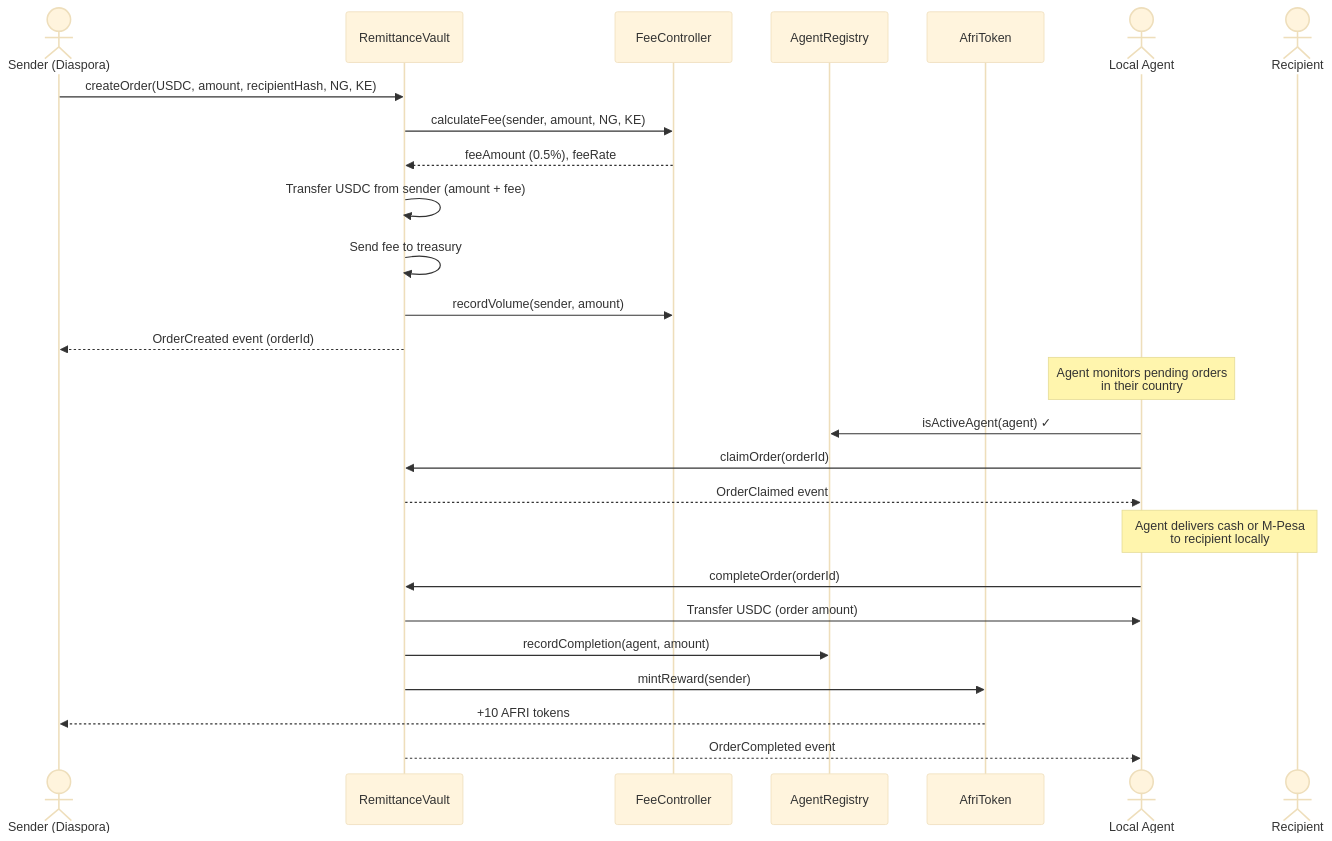
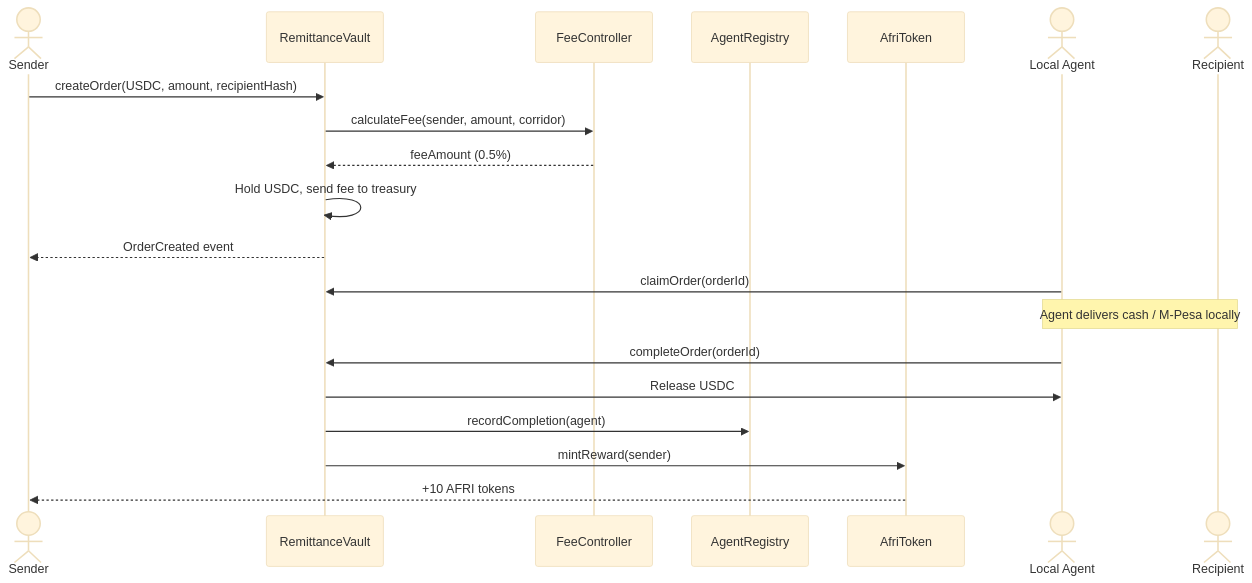
The third of 3 diagrams in README.md (Akasxh/afripay-protocol), drawn with Mermaid (base theme) before and after one commit. The commit also changed other lines of this file, not shown here.

````diff
--- a/README.md
+++ b/README.md
@@ -117,33 +52,25 @@
 ```mermaid
 sequenceDiagram
-    actor S as Sender (Diaspora)
+    actor S as Sender
     participant V as RemittanceVault
     participant F as FeeController
     participant AR as AgentRegistry
     participant AT as AfriToken
     actor A as Local Agent
     actor R as Recipient
 
-    S->>V: createOrder(USDC, amount, recipientHash, NG, KE)
-    V->>F: calculateFee(sender, amount, NG, KE)
-    F-->>V: feeAmount (0.5%), feeRate
-    V->>V: Transfer USDC from sender (amount + fee)
-    V->>V: Send fee to treasury
-    V->>F: recordVolume(sender, amount)
-    V-->>S: OrderCreated event (orderId)
+    S->>V: createOrder(USDC, amount, recipientHash)
+    V->>F: calculateFee(sender, amount, corridor)
+    F-->>V: feeAmount (0.5%)
+    V->>V: Hold USDC, send fee to treasury
+    V-->>S: OrderCreated event
 
-    Note over A: Agent monitors pending orders<br/>in their country
-
-    A->>AR: isActiveAgent(agent) ✓
     A->>V: claimOrder(orderId)
-    V-->>A: OrderClaimed event
-
-    Note over A,R: Agent delivers cash or M-Pesa<br/>to recipient locally
+    Note over A,R: Agent delivers cash / M-Pesa locally
 
     A->>V: completeOrder(orderId)
-    V->>A: Transfer USDC (order amount)
-    V->>AR: recordCompletion(agent, amount)
+    V->>A: Release USDC
+    V->>AR: recordCompletion(agent)
     V->>AT: mintReward(sender)
     AT-->>S: +10 AFRI tokens
-    V-->>A: OrderCompleted event
 ```
````
